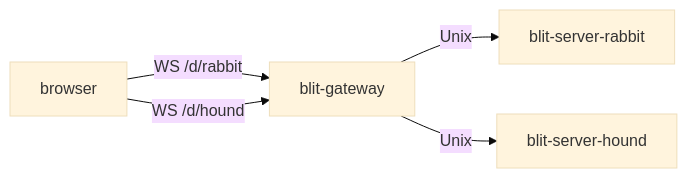
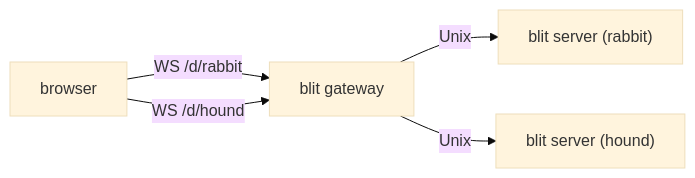
One commit to indent-com/blit changed the second of 9 diagrams in docs/transports.md. Above: the diagram before and after it, drawn with Mermaid (base theme). The commit also changed other lines of this file and 101 other files, not shown here.

````diff
--- a/docs/transports.md
+++ b/docs/transports.md
@@ -109,7 +109,7 @@
 ```mermaid
 graph LR
-    B["browser"] -->|"WS /d/rabbit"| G["blit-gateway"]
+    B["browser"] -->|"WS /d/rabbit"| G["blit gateway"]
     B -->|"WS /d/hound"| G
-    G -->|Unix| SR["blit-server-rabbit"]
-    G -->|Unix| SH["blit-server-hound"]
+    G -->|Unix| SR["blit server (rabbit)"]
+    G -->|Unix| SH["blit server (hound)"]
 ```
````
